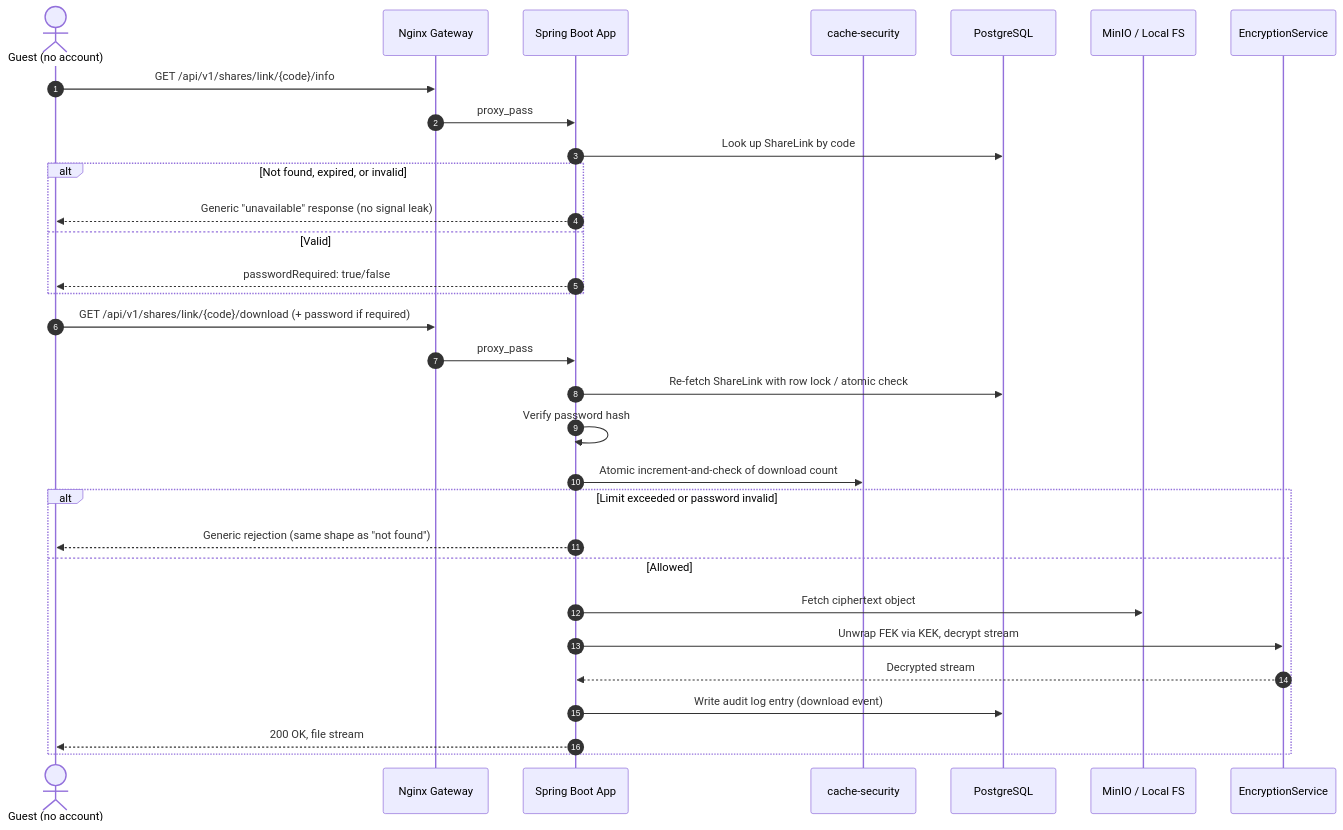
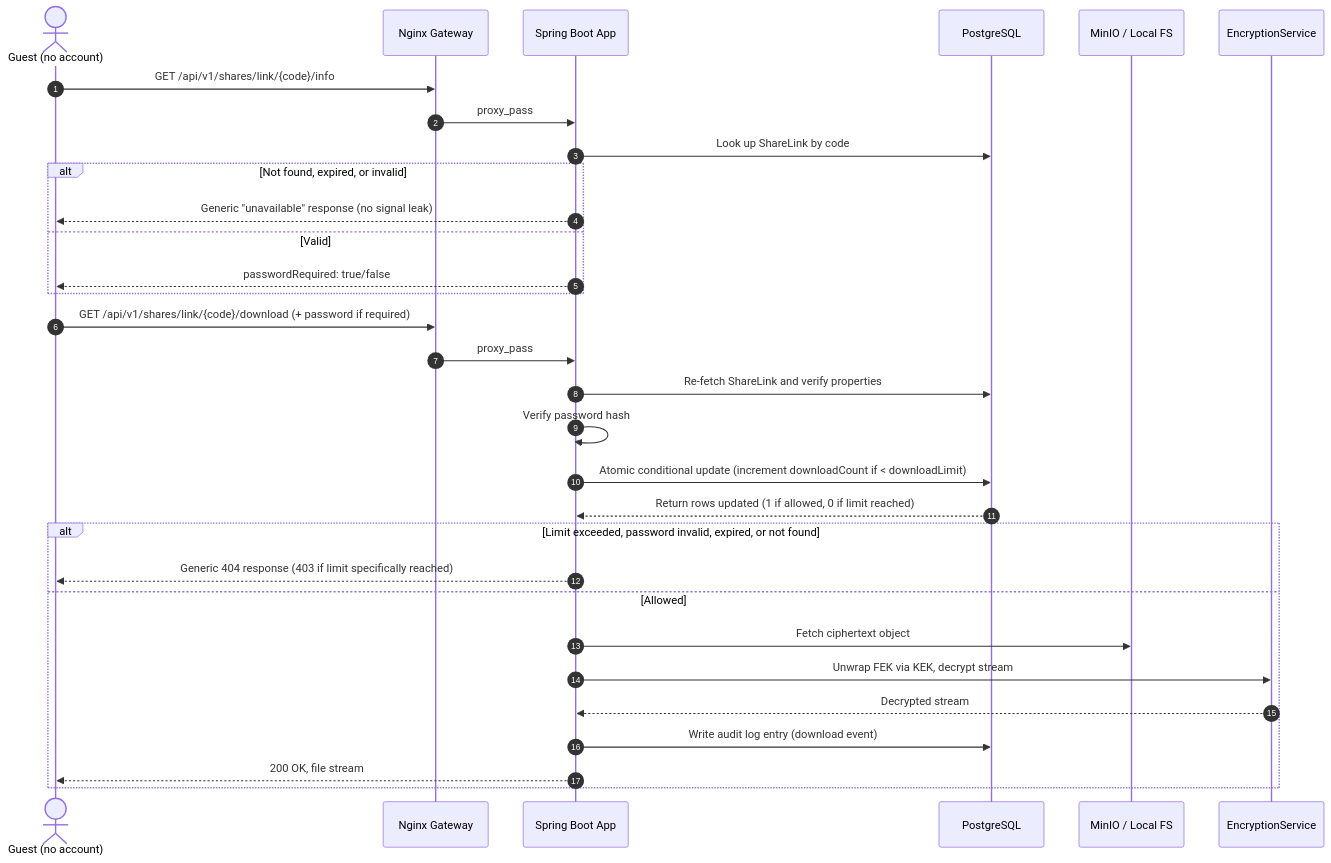
One commit to Dhruv0306/cloudshare-app changed the sixth of 6 diagrams in docs/system-design/data-flows.md. Above: the diagram before and after it, drawn with Mermaid. The commit also changed 7 other files, not shown here.

````diff
--- a/docs/system-design/data-flows.md
+++ b/docs/system-design/data-flows.md
@@ -222,35 +222,35 @@
 ```mermaid
 sequenceDiagram
     autonumber
     actor Guest as Guest (no account)
     participant Nginx as Nginx Gateway
     participant App as Spring Boot App
-    participant RedisSec as cache-security
     participant DB as PostgreSQL
     participant Store as MinIO / Local FS
     participant Crypto as EncryptionService
 
     Guest->>Nginx: GET /api/v1/shares/link/{code}/info
     Nginx->>App: proxy_pass
     App->>DB: Look up ShareLink by code
     alt Not found, expired, or invalid
         App-->>Guest: Generic "unavailable" response (no signal leak)
     else Valid
         App-->>Guest: passwordRequired: true/false
     end
 
     Guest->>Nginx: GET /api/v1/shares/link/{code}/download (+ password if required)
     Nginx->>App: proxy_pass
-    App->>DB: Re-fetch ShareLink with row lock / atomic check
+    App->>DB: Re-fetch ShareLink and verify properties
     App->>App: Verify password hash
-    App->>RedisSec: Atomic increment-and-check of download count
-    alt Limit exceeded or password invalid
-        App-->>Guest: Generic rejection (same shape as "not found")
+    App->>DB: Atomic conditional update (increment downloadCount if < downloadLimit)
+    DB-->>App: Return rows updated (1 if allowed, 0 if limit reached)
+    alt Limit exceeded, password invalid, expired, or not found
+        App-->>Guest: Generic 404 response (403 if limit specifically reached)
     else Allowed
         App->>Store: Fetch ciphertext object
         App->>Crypto: Unwrap FEK via KEK, decrypt stream
         Crypto-->>App: Decrypted stream
         App->>DB: Write audit log entry (download event)
         App-->>Guest: 200 OK, file stream
     end
 ```
````
